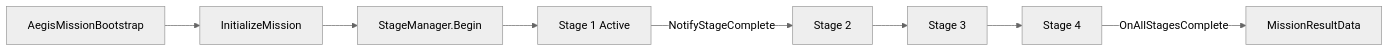
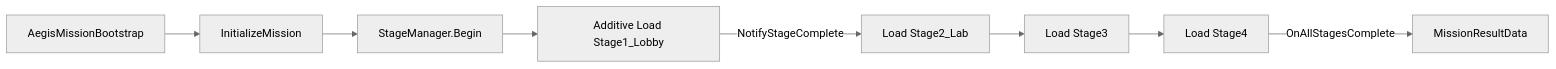
One commit to youngho/mi-aegis changed the diagram in README.md. Above: the diagram before and after it, drawn with Mermaid (neutral theme). The commit also changed other lines of this file and 31 other files, not shown here.

First line of the commit message:
feat: split stages into additive scenes and consolidate Stage1 into Stage1_Lobby

````diff
--- a/README.md
+++ b/README.md
@@ -163,10 +164,10 @@
 ```mermaid
 flowchart LR
     Bootstrap[AegisMissionBootstrap] --> Init[InitializeMission]
     Init --> SM[StageManager.Begin]
-    SM --> S1[Stage 1 Active]
-    S1 -->|NotifyStageComplete| S2[Stage 2]
-    S2 --> S3[Stage 3]
-    S3 --> S4[Stage 4]
-    S4 -->|OnAllStagesComplete| End[MissionResultData]
+    SM --> Load1[Additive Load Stage1_Lobby]
+    Load1 -->|NotifyStageComplete| Load2[Load Stage2_Lab]
+    Load2 --> Load3[Load Stage3]
+    Load3 --> Load4[Load Stage4]
+    Load4 -->|OnAllStagesComplete| End[MissionResultData]
 ```
````
